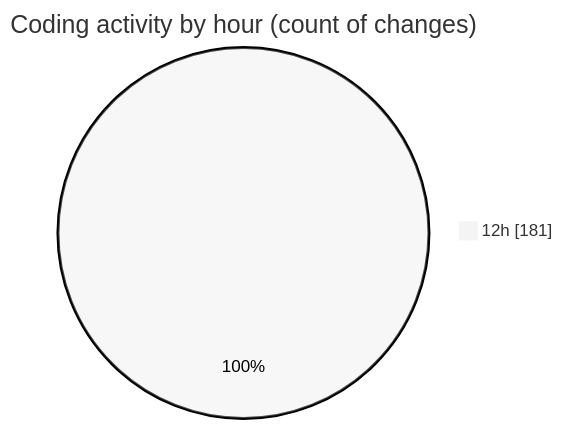
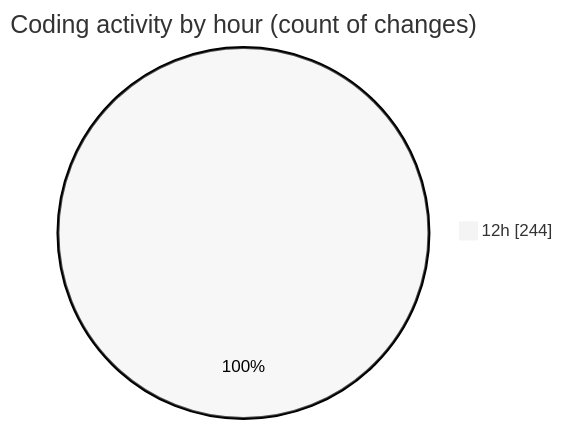
Before and after one commit to ernivani/code-tracking: the second of 2 diagrams in repositories/2024-12-26/leetcode-solutions/README.md, drawn with Mermaid (neutral theme). The commit also changed other lines of this file and 1 other file, not shown here.

````diff
--- a/repositories/2024-12-26/leetcode-solutions/README.md
+++ b/repositories/2024-12-26/leetcode-solutions/README.md
@@ -40,5 +44,5 @@
 ```mermaid
 pie showData
 title Coding activity by hour (count of changes)
-"12h" : 181
+"12h" : 244
 ```
````
